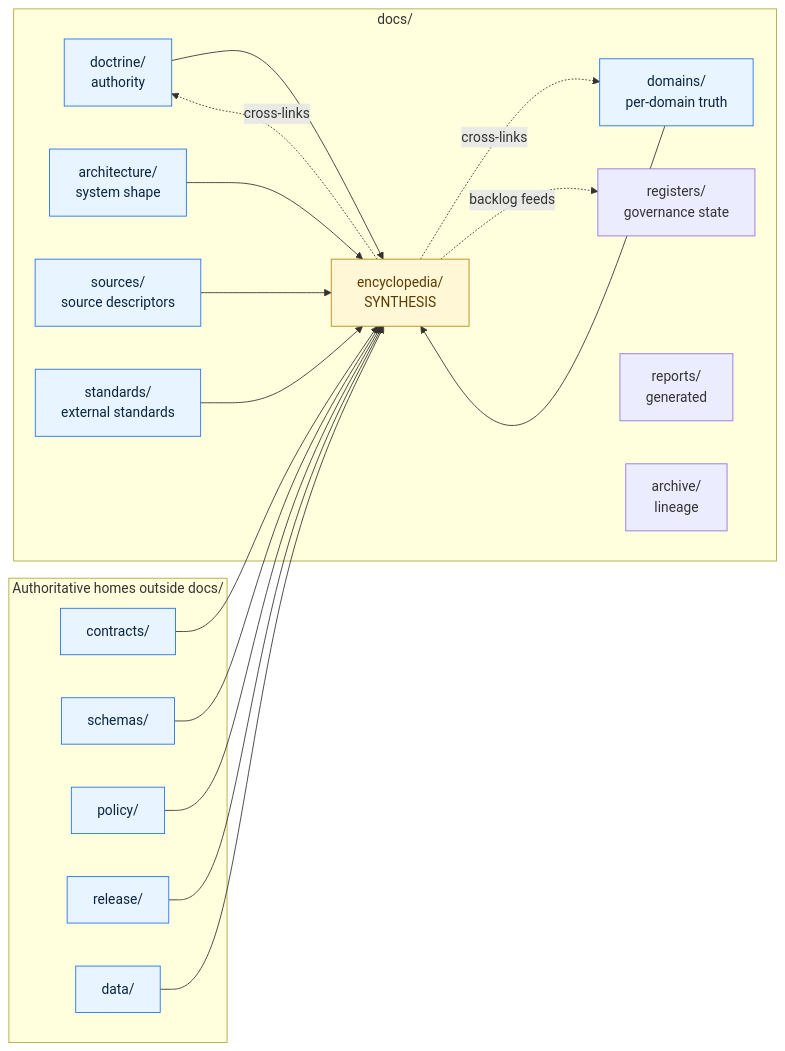
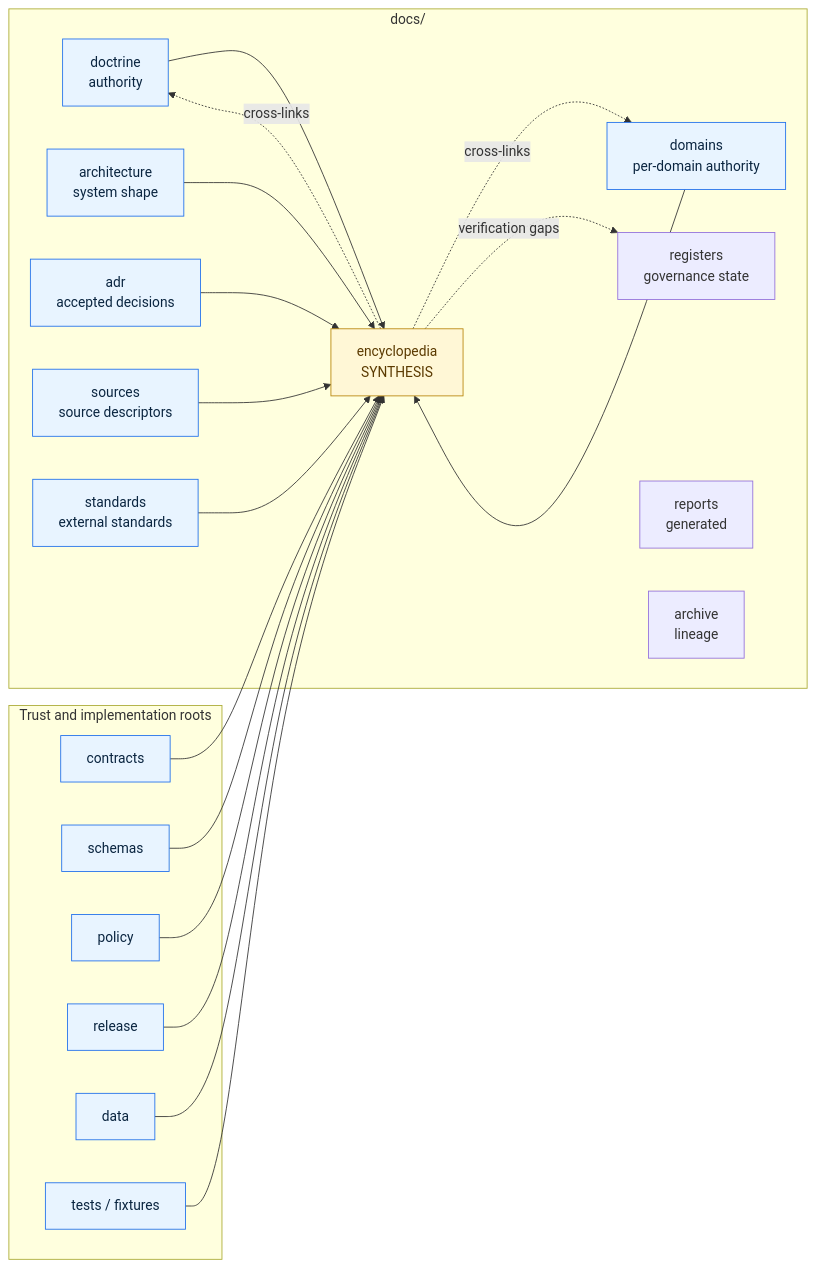
The diagram in docs/encyclopedia/README.md (bartytime4life/Kansas-Frontier-Matrix), drawn with Mermaid before and after one commit. The commit also changed other lines of this file, not shown here.

````diff
--- a/docs/encyclopedia/README.md
+++ b/docs/encyclopedia/README.md
@@ -241,42 +278,46 @@
 ```mermaid
 flowchart LR
     subgraph DOC[docs/]
-        DOCT[doctrine/<br/>authority]
-        ARCH[architecture/<br/>system shape]
-        DOM[domains/<br/>per-domain truth]
-        SRC[sources/<br/>source descriptors]
-        STD[standards/<br/>external standards]
-        REG[registers/<br/>governance state]
-        ENC[encyclopedia/<br/>SYNTHESIS]
-        REP[reports/<br/>generated]
-        ARC[archive/<br/>lineage]
+        DOCT[doctrine<br/>authority]
+        ARCH[architecture<br/>system shape]
+        ADR[adr<br/>accepted decisions]
+        DOM[domains<br/>per-domain authority]
+        SRC[sources<br/>source descriptors]
+        STD[standards<br/>external standards]
+        REG[registers<br/>governance state]
+        ENC[encyclopedia<br/>SYNTHESIS]
+        REP[reports<br/>generated]
+        ARC[archive<br/>lineage]
     end
 
-    subgraph TRUTH[Authoritative homes outside docs/]
-        CON[contracts/]
-        SCH[schemas/]
-        POL[policy/]
-        REL[release/]
-        DAT[data/]
+    subgraph TRUST[Trust and implementation roots]
+        CON[contracts]
+        SCH[schemas]
+        POL[policy]
+        REL[release]
+        DAT[data]
+        TST[tests / fixtures]
     end
 
     DOCT --> ENC
     ARCH --> ENC
-    DOM  --> ENC
-    SRC  --> ENC
-    STD  --> ENC
-    CON  --> ENC
-    SCH  --> ENC
-    POL  --> ENC
-    REL  --> ENC
-    DAT  --> ENC
+    ADR --> ENC
+    DOM --> ENC
+    SRC --> ENC
+    STD --> ENC
+    CON --> ENC
+    SCH --> ENC
+    POL --> ENC
+    REL --> ENC
+    DAT --> ENC
+    TST --> ENC
 
     ENC -. cross-links .-> DOCT
     ENC -. cross-links .-> DOM
-    ENC -. backlog feeds .-> REG
+    ENC -. verification gaps .-> REG
 
     classDef synth fill:#fff7d6,stroke:#b8860b,color:#5b3a00
     classDef truth fill:#e8f4ff,stroke:#1f6feb,color:#0a2540
     class ENC synth
-    class DOCT,ARCH,DOM,SRC,STD,CON,SCH,POL,REL,DAT truth
+    class DOCT,ARCH,ADR,DOM,SRC,STD,CON,SCH,POL,REL,DAT,TST truth
 ```
````
